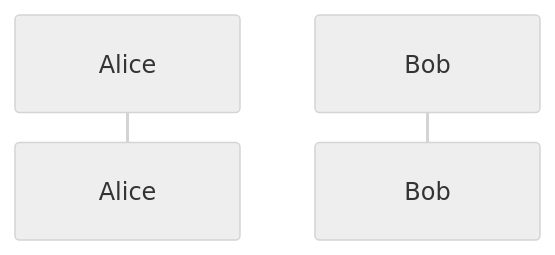
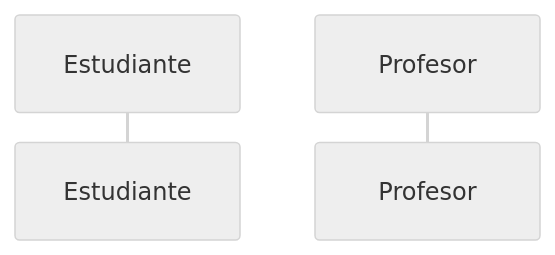
One commit to gerardfp/uml changed the sixth of 7 diagrams in README.md. Above: the diagram before and after it, drawn with Mermaid (neutral theme). The commit also changed other lines of this file, not shown here.

````diff
--- a/README.md
+++ b/README.md
@@ -127,5 +122,5 @@
 ```mermaid
 sequenceDiagram
-    participant Alice
-    participant Bob
+    participant Estudiante
+    participant Profesor
 ```
````
